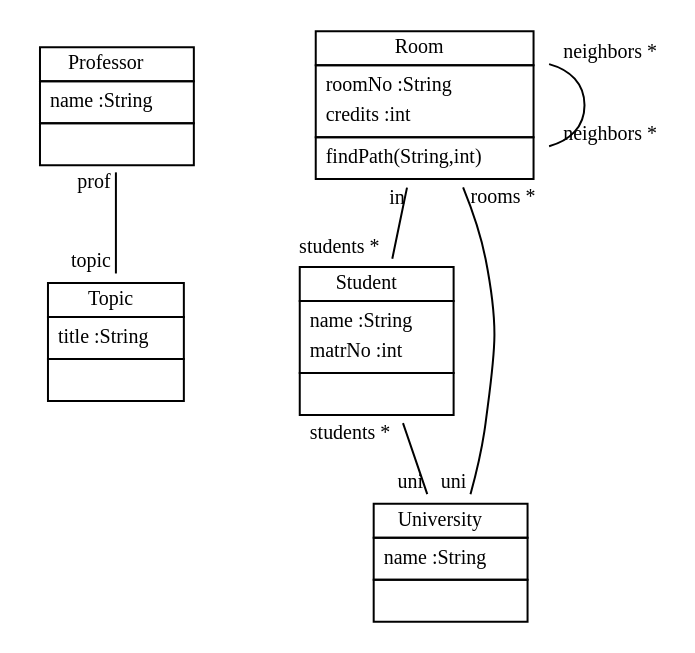
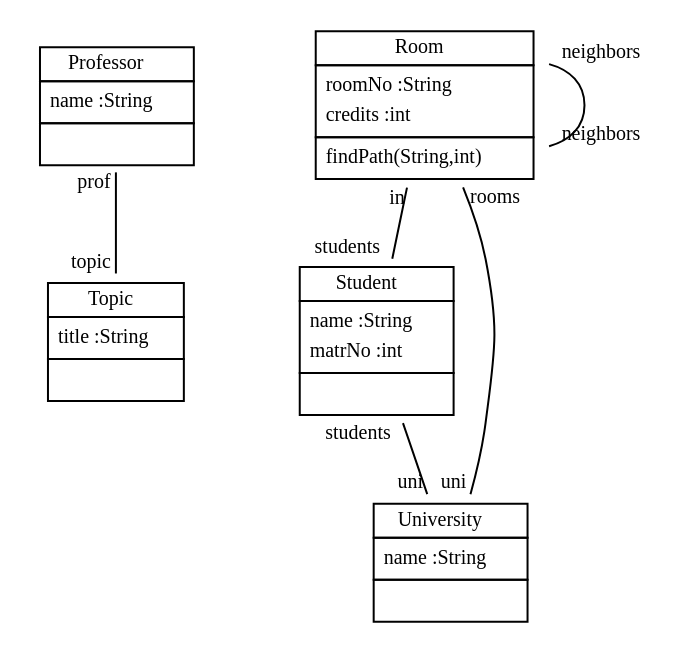
One commit to fujaba/SDMLib changed the diagram in doc/StudyRightReverseClassModel.dot. Above: the diagram before and after it, drawn with Graphviz. The commit also changed 32 other files, not shown here.

```diff
--- a/doc/StudyRightReverseClassModel.dot
+++ b/doc/StudyRightReverseClassModel.dot
@@ -1,20 +1,20 @@
 
  digraph ClassDiagram {
     node [shape = none, fontsize = 10]; 
     edge [fontsize = 10];
     
     
-    _Professor [label=<<table border='0' cellborder='1' cellspacing='0'> <tr> <td>Professor</td> </tr> <tr><td><table border='0' cellborder='0' cellspacing='0'> <tr><td align='left'>name :String</td></tr>  </table></td></tr> <tr><td><table border='0' cellborder='0' cellspacing='0'> <tr><td> </td></tr> </table></td></tr> </table>>];
-    _Topic [label=<<table border='0' cellborder='1' cellspacing='0'> <tr> <td>Topic</td> </tr> <tr><td><table border='0' cellborder='0' cellspacing='0'> <tr><td align='left'>title :String</td></tr>  </table></td></tr> <tr><td><table border='0' cellborder='0' cellspacing='0'> <tr><td> </td></tr> </table></td></tr> </table>>];
-    _Room [label=<<table border='0' cellborder='1' cellspacing='0'> <tr> <td>Room</td> </tr> <tr><td><table border='0' cellborder='0' cellspacing='0'> <tr><td align='left'>roomNo :String</td></tr> <tr><td align='left'>credits :int</td></tr>  </table></td></tr> <tr><td><table border='0' cellborder='0' cellspacing='0'> <tr><td align='left'>findPath(String,int)</td></tr>  </table></td></tr> </table>>];
-    _Student [label=<<table border='0' cellborder='1' cellspacing='0'> <tr> <td>Student</td> </tr> <tr><td><table border='0' cellborder='0' cellspacing='0'> <tr><td align='left'>name :String</td></tr> <tr><td align='left'>matrNo :int</td></tr>  </table></td></tr> <tr><td><table border='0' cellborder='0' cellspacing='0'> <tr><td> </td></tr> </table></td></tr> </table>>];
-    _University [label=<<table border='0' cellborder='1' cellspacing='0'> <tr> <td>University</td> </tr> <tr><td><table border='0' cellborder='0' cellspacing='0'> <tr><td align='left'>name :String</td></tr>  </table></td></tr> <tr><td><table border='0' cellborder='0' cellspacing='0'> <tr><td> </td></tr> </table></td></tr> </table>>];
+    _Professor [label=<<table border='0' cellborder='1' cellspacing='0'> <tr> <td HREF="../examples/org/sdmlib/examples/studyright/Professor.java">Professor</td> </tr> <tr><td><table border='0' cellborder='0' cellspacing='0'> <tr><td align='left'>name :String</td></tr>  </table></td></tr> <tr><td><table border='0' cellborder='0' cellspacing='0'> <tr><td> </td></tr> </table></td></tr> </table>>];
+    _Topic [label=<<table border='0' cellborder='1' cellspacing='0'> <tr> <td HREF="../examples/org/sdmlib/examples/studyright/Topic.java">Topic</td> </tr> <tr><td><table border='0' cellborder='0' cellspacing='0'> <tr><td align='left'>title :String</td></tr>  </table></td></tr> <tr><td><table border='0' cellborder='0' cellspacing='0'> <tr><td> </td></tr> </table></td></tr> </table>>];
+    _Room [label=<<table border='0' cellborder='1' cellspacing='0'> <tr> <td HREF="../examples/org/sdmlib/examples/studyright/Room.java">Room</td> </tr> <tr><td><table border='0' cellborder='0' cellspacing='0'> <tr><td align='left'>roomNo :String</td></tr> <tr><td align='left'>credits :int</td></tr>  </table></td></tr> <tr><td><table border='0' cellborder='0' cellspacing='0'> <tr><td align='left'>findPath(String,int)</td></tr>  </table></td></tr> </table>>];
+    _Student [label=<<table border='0' cellborder='1' cellspacing='0'> <tr> <td HREF="../examples/org/sdmlib/examples/studyright/Student.java">Student</td> </tr> <tr><td><table border='0' cellborder='0' cellspacing='0'> <tr><td align='left'>name :String</td></tr> <tr><td align='left'>matrNo :int</td></tr>  </table></td></tr> <tr><td><table border='0' cellborder='0' cellspacing='0'> <tr><td> </td></tr> </table></td></tr> </table>>];
+    _University [label=<<table border='0' cellborder='1' cellspacing='0'> <tr> <td HREF="../examples/org/sdmlib/examples/studyright/University.java">University</td> </tr> <tr><td><table border='0' cellborder='0' cellspacing='0'> <tr><td align='left'>name :String</td></tr>  </table></td></tr> <tr><td><table border='0' cellborder='0' cellspacing='0'> <tr><td> </td></tr> </table></td></tr> </table>>];
     
     
     
     _Professor -> _Topic [headlabel = "topic" taillabel = "prof" arrowhead = "none" ];
-    _Room -> _Room [headlabel = "neighbors *" taillabel = "neighbors *" arrowhead = "none" ];
-    _Room -> _Student [headlabel = "students *" taillabel = "in" arrowhead = "none" ];
-    _Room -> _University [headlabel = "uni" taillabel = "rooms *" arrowhead = "none" ];
-    _Student -> _University [headlabel = "uni" taillabel = "students *" arrowhead = "none" ];
+    _Room -> _Room [headlabel = "neighbors" taillabel = "neighbors" arrowhead = "none" ];
+    _Room -> _Student [headlabel = "students" taillabel = "in" arrowhead = "none" ];
+    _Room -> _University [headlabel = "uni" taillabel = "rooms" arrowhead = "none" ];
+    _Student -> _University [headlabel = "uni" taillabel = "students" arrowhead = "none" ];
 }
```
